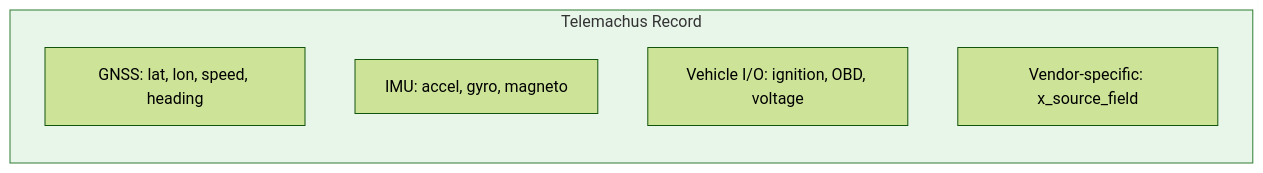
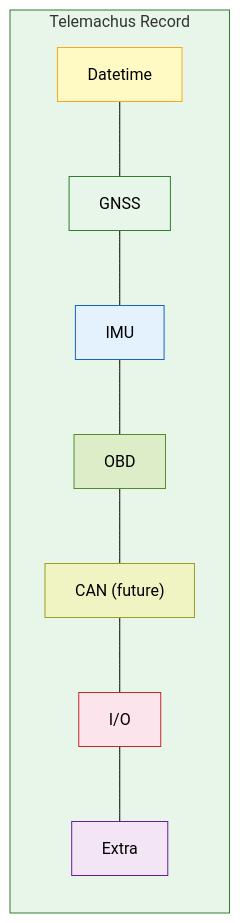
One commit to telemachus3/telemachus changed the first of 8 diagrams in spec/SPEC-01-record-format.md. Above: the diagram before and after it, drawn with Mermaid (forest theme). The commit also changed other lines of this file, not shown here.

Commit message:
SPEC-01: 7 functional groups (GNSS, IMU, OBD, CAN future, I/O, Extra), device_id/trip_id recommended

````diff
--- a/spec/SPEC-01-record-format.md
+++ b/spec/SPEC-01-record-format.md
@@ -35,11 +36,23 @@
 ```mermaid
 graph LR
     subgraph RECORD["Telemachus Record"]
-        GPS[GNSS: lat, lon, speed, heading]
-        IMU[IMU: accel, gyro, magneto]
-        VIO[Vehicle I/O: ignition, OBD, voltage]
-        EXTRA[Vendor-specific: x_source_field]
+        DT["Datetime"]
+        GPS["GNSS"]
+        IMU["IMU"]
+        OBD["OBD"]
+        CAN["CAN (future)"]
+        IO["I/O"]
+        EXTRA["Extra"]
     end
 
+    DT --- GPS --- IMU --- OBD --- CAN --- IO --- EXTRA
+
     style RECORD fill:#e8f5e9,stroke:#2e7d32
+    style DT fill:#fff9c4,stroke:#f9a825
+    style GPS fill:#e8f5e9,stroke:#2e7d32
+    style IMU fill:#e3f2fd,stroke:#1565c0
+    style OBD fill:#dcedc8,stroke:#558b2f
+    style CAN fill:#f0f4c3,stroke:#9e9d24
+    style IO fill:#fce4ec,stroke:#c62828
+    style EXTRA fill:#f3e5f5,stroke:#6a1b9a
 ```
````
